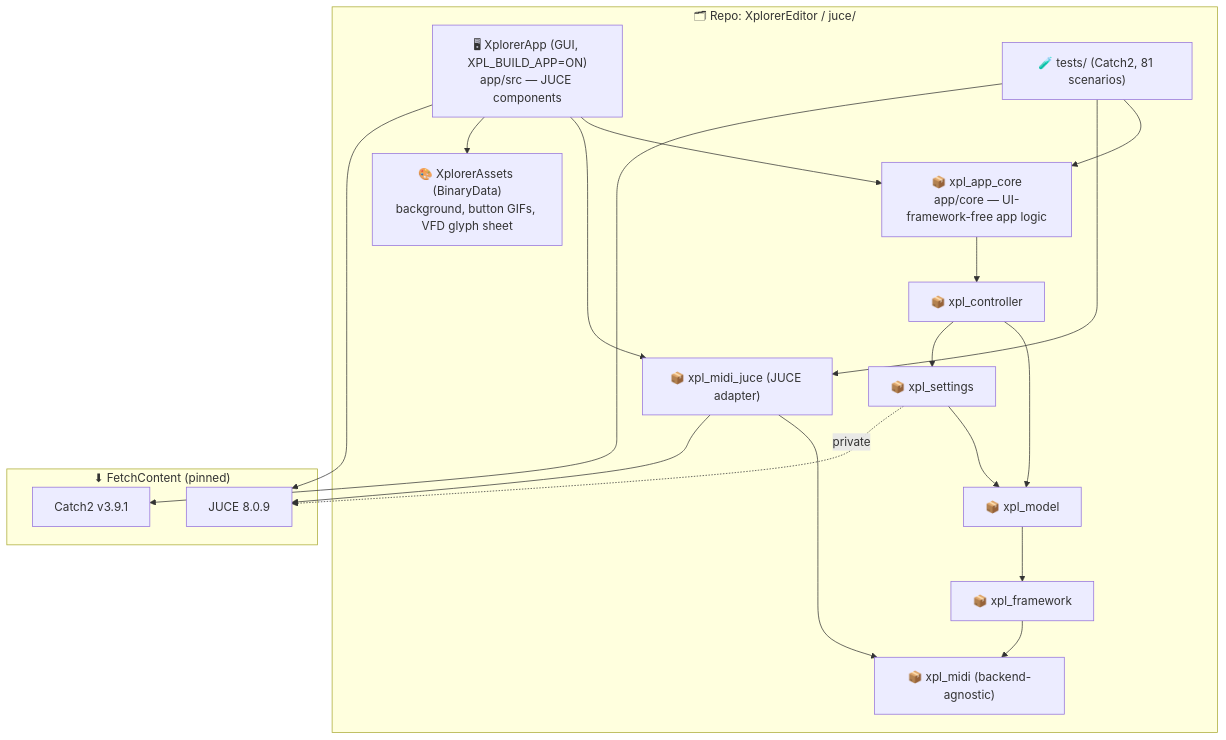
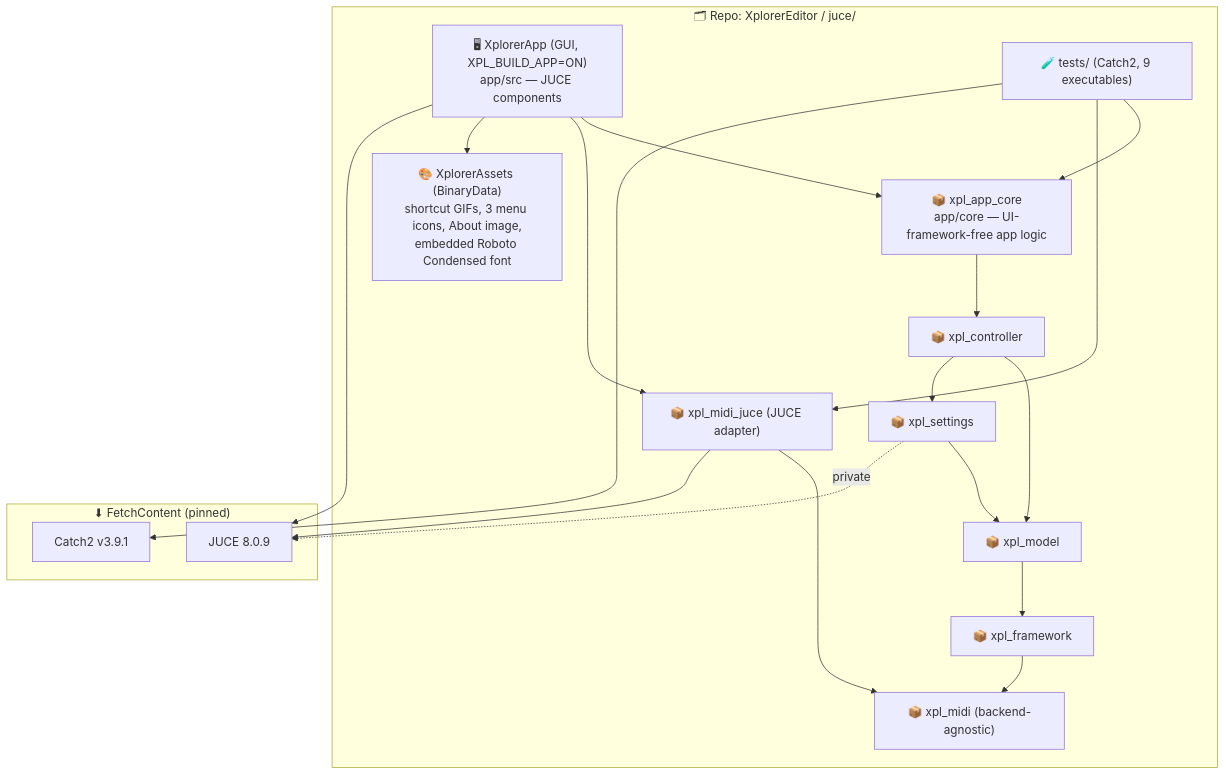
One commit to xplorer2716/XplorerEditor changed the first of 12 diagrams in docs/architecture-analysis.md. Above: the diagram before and after it, drawn with Mermaid. The commit also changed other lines of this file and 1 other file, not shown here.

First line of the commit message:
Update architecture-analysis.md for GFX/GUI/ABT/GOV work; add build-targets paragraph

````diff
--- a/docs/architecture-analysis.md
+++ b/docs/architecture-analysis.md
@@ -61,37 +88,37 @@
 ```mermaid
 graph TD
     subgraph repo ["🗂 Repo: XplorerEditor / juce/"]
         App["🖥 XplorerApp (GUI, XPL_BUILD_APP=ON)\napp/src — JUCE components"]
         AppCore["📦 xpl_app_core\napp/core — UI-framework-free app logic"]
         Controller["📦 xpl_controller"]
         Settings["📦 xpl_settings"]
         Model["📦 xpl_model"]
         Framework["📦 xpl_framework"]
         MidiJuce["📦 xpl_midi_juce (JUCE adapter)"]
         Midi["📦 xpl_midi (backend-agnostic)"]
-        Assets["🎨 XplorerAssets (BinaryData)\nbackground, button GIFs, VFD glyph sheet"]
-        Tests["🧪 tests/ (Catch2, 81 scenarios)"]
+        Assets["🎨 XplorerAssets (BinaryData)\nshortcut GIFs, 3 menu icons, About image,\nembedded Roboto Condensed font"]
+        Tests["🧪 tests/ (Catch2, 9 executables)"]
     end
 
     subgraph external ["⬇ FetchContent (pinned)"]
         JUCE["JUCE 8.0.9"]
         Catch2["Catch2 v3.9.1"]
     end
 
     App --> AppCore
     App --> MidiJuce
     App --> Assets
     App --> JUCE
     AppCore --> Controller
     Controller --> Model
     Controller --> Settings
     Settings --> Model
     Model --> Framework
     Framework --> Midi
     MidiJuce --> Midi
     MidiJuce --> JUCE
     Settings -.private.-> JUCE
     Tests --> AppCore
     Tests --> MidiJuce
     Tests --> Catch2
 ```
````
